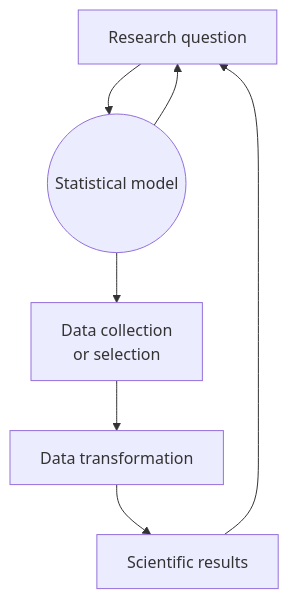
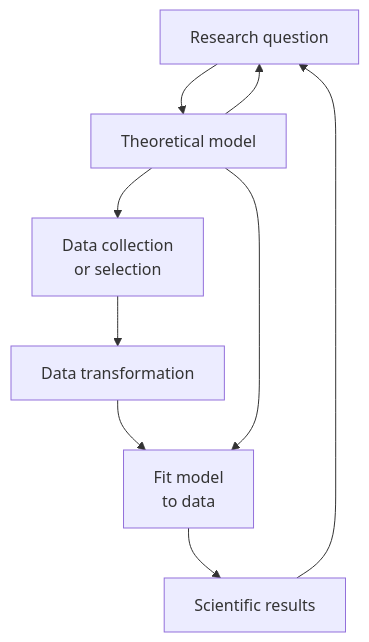
One commit to rostools/r-cubed-advanced changed the second of 9 diagrams in sessions/stats-analyses-basic.qmd. Above: the diagram before and after it, drawn with Mermaid. The commit also changed other lines of this file, not shown here.

````diff
--- a/sessions/stats-analyses-basic.qmd
+++ b/sessions/stats-analyses-basic.qmd
@@ -208,12 +251,14 @@
 ```{mermaid fig-model-building-workflow}
 %%| fig-cap: Simple schematic of the process for conducting statistical analysis.
 %%| echo: false
 %%| eval: true
 graph TD
-    A[Research question] --> B((Statistical model))
+    A[Research question] --> B[Theoretical model]
     B --> A
     B --> C[Data collection<br>or selection]
     C --> D[Data transformation]
-    D --> E[Scientific results]
+    D --> F[Fit model<br>to data]
+    B --> F
+    F --> E[Scientific results]
     E --> A
 ```
````
